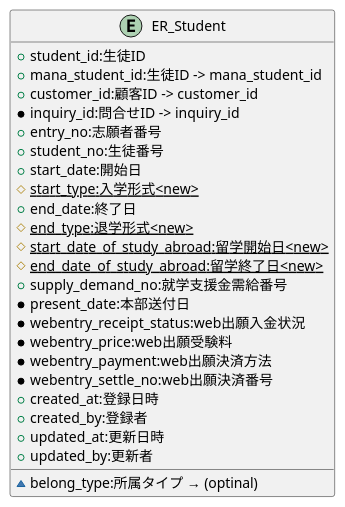
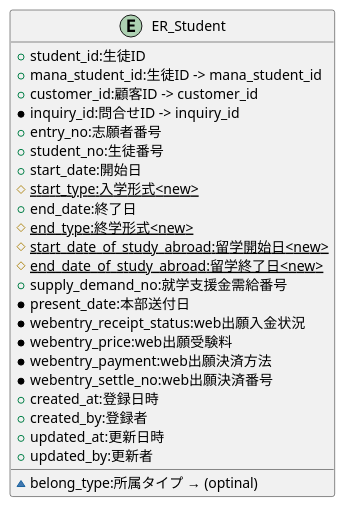
The diagram in Entity/ER_Student.pu (popoposorara/ERP_ER), drawn with PlantUML before and after one commit. The commit also changed 19 other files, not shown here.

```diff
--- a/Entity/ER_Student.pu
+++ b/Entity/ER_Student.pu
@@ -1,29 +1,29 @@
 @startuml
 
 entity "ER_Student"{
     + student_id:生徒ID
     + mana_student_id:生徒ID -> mana_student_id
     + customer_id:顧客ID -> customer_id
     ~ belong_type:所属タイプ → (optinal)
     * inquiry_id:問合せID -> inquiry_id
     + entry_no:志願者番号
     + student_no:生徒番号
     + start_date:開始日
     # <u>start_type:入学形式<new>
     + end_date:終了日
-    # <u>end_type:退学形式<new>
+    # <u>end_type:終学形式<new>
     # <u>start_date_of_study_abroad:留学開始日<new>
     # <u>end_date_of_study_abroad:留学終了日<new>
     + supply_demand_no:就学支援金需給番号
     * present_date:本部送付日
     * webentry_receipt_status:web出願入金状況
     * webentry_price:web出願受験料
     * webentry_payment:web出願決済方法
     * webentry_settle_no:web出願決済番号
     + created_at:登録日時
     + created_by:登録者
     + updated_at:更新日時
     + updated_by:更新者
 }
 
 @enduml
```
